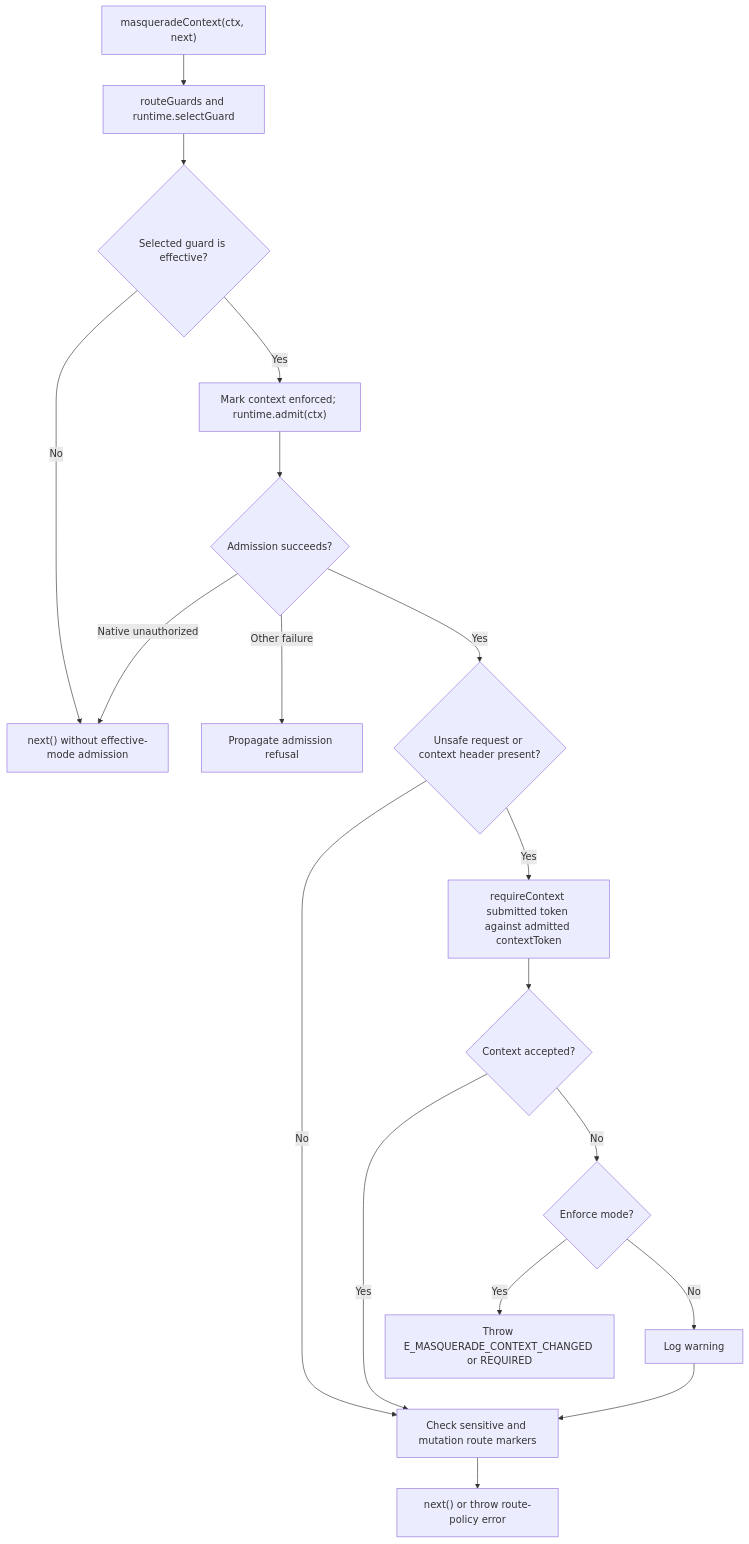
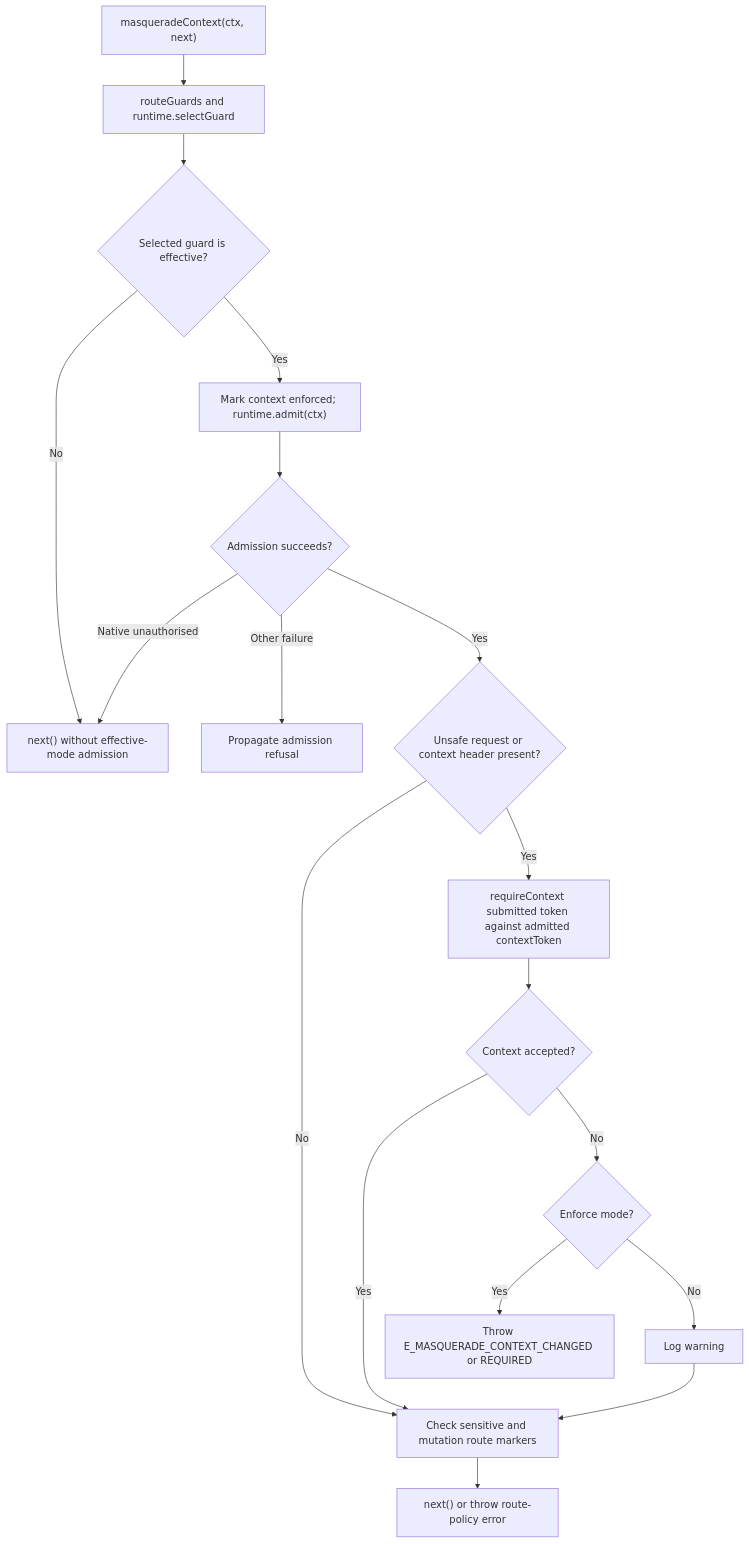
One commit to Kevinjohn/oss-adonisjs-masquerade changed the second of 2 diagrams in user-stories/submit-context-token/us-context-01-submit-context-token.md. Above: the diagram before and after it, drawn with Mermaid. The commit also changed other lines of this file and 42 other files, not shown here.

````diff
--- a/user-stories/submit-context-token/us-context-01-submit-context-token.md
+++ b/user-stories/submit-context-token/us-context-01-submit-context-token.md
@@ -41,20 +41,20 @@
 ```mermaid
 flowchart TD
     A["masqueradeContext(ctx, next)"] --> B["routeGuards and runtime.selectGuard"]
     B --> C{"Selected guard is effective?"}
     C -->|No| D["next() without effective-mode admission"]
     C -->|Yes| E["Mark context enforced; runtime.admit(ctx)"]
     E --> Q{"Admission succeeds?"}
-    Q -->|Native unauthorized| D
+    Q -->|Native unauthorised| D
     Q -->|Other failure| R["Propagate admission refusal"]
     Q -->|Yes| F{"Unsafe request or context header present?"}
     F -->|No| G["Check sensitive and mutation route markers"]
     F -->|Yes| H["requireContext submitted token against admitted contextToken"]
     H --> I{"Context accepted?"}
     I -->|Yes| G
     I -->|No| T{"Enforce mode?"}
     T -->|Yes| J["Throw E_MASQUERADE_CONTEXT_CHANGED or REQUIRED"]
     T -->|No| U["Log warning"]
     U --> G
     G --> K["next() or throw route-policy error"]
 ```
````
